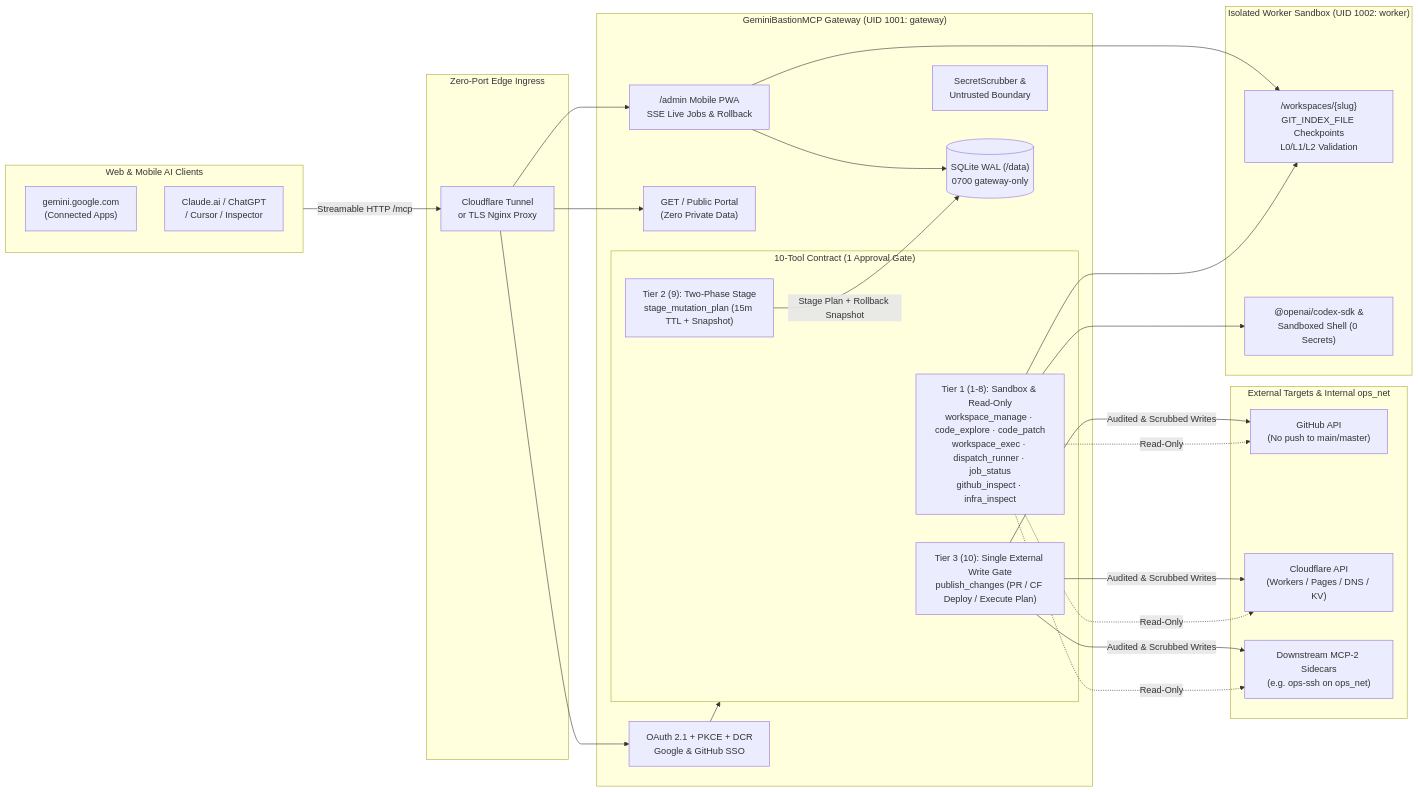
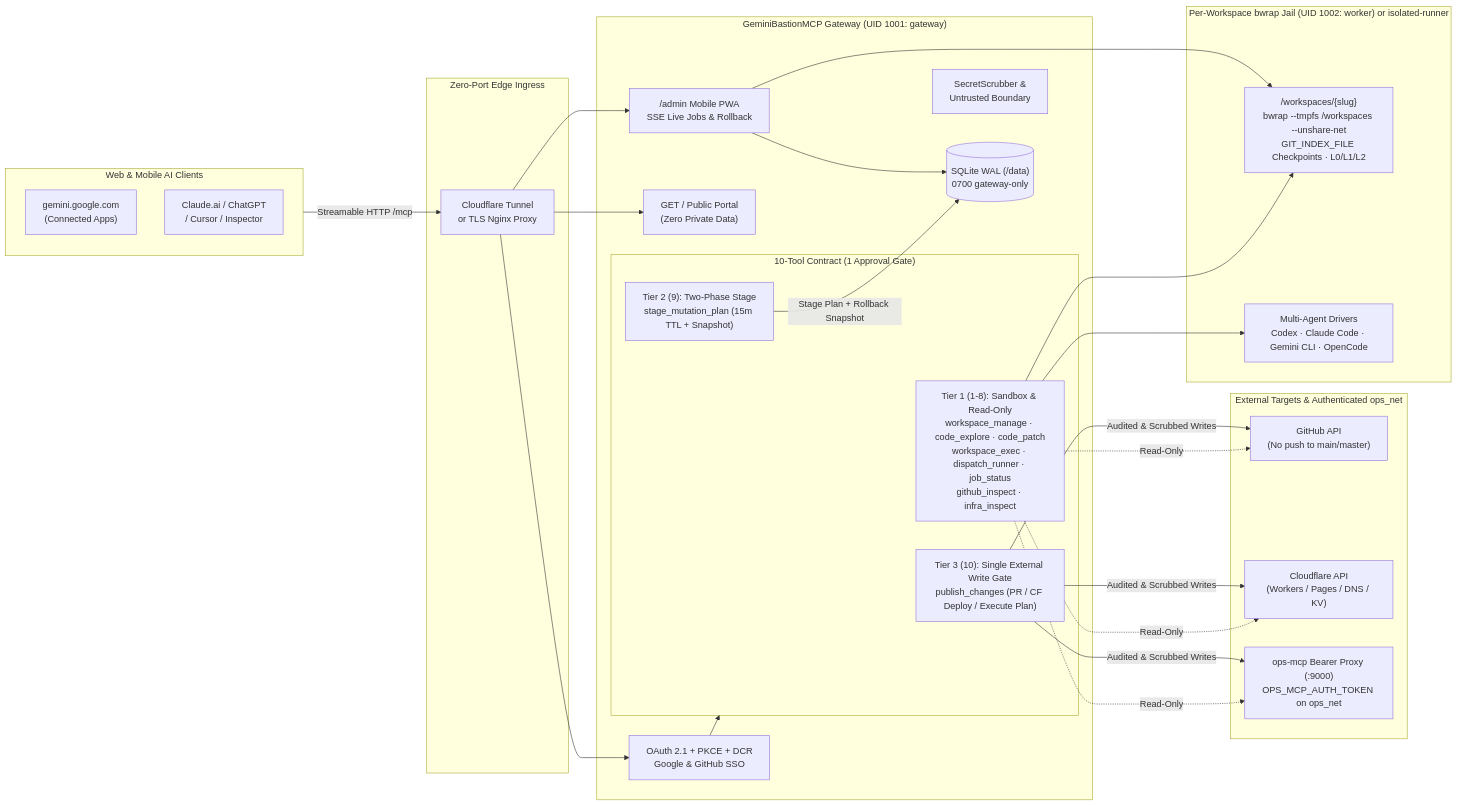
The diagram in README.md (Kaiserunix/gemini-bastion-mcp), drawn with Mermaid before and after one commit. The commit also changed other lines of this file and 38 other files, not shown here.

Commit message:
feat: v0.2.0 — bwrap per-workspace isolation, multi-agent drivers, authenticated ops-mcp, GHCR lite/full & MCP Registry

````diff
--- a/README.md
+++ b/README.md
@@ -53,44 +55,44 @@
 ```mermaid
 flowchart LR
   subgraph Clients["Web & Mobile AI Clients"]
     G["gemini.google.com\n(Connected Apps)"]
     C["Claude.ai / ChatGPT\n/ Cursor / Inspector"]
   end
 
   subgraph Edge["Zero-Port Edge Ingress"]
     CF["Cloudflare Tunnel\nor TLS Nginx Proxy"]
   end
 
   subgraph Gateway["GeminiBastionMCP Gateway (UID 1001: gateway)"]
     Portal["GET / Public Portal\n(Zero Private Data)"]
     Auth["OAuth 2.1 + PKCE + DCR\nGoogle & GitHub SSO"]
     Scrub["SecretScrubber &\nUntrusted Boundary"]
     Admin["/admin Mobile PWA\nSSE Live Jobs & Rollback"]
     DB[("SQLite WAL (/data)\n0700 gateway-only")]
 
     subgraph Funnel["10-Tool Contract (1 Approval Gate)"]
       T1_8["Tier 1 (1-8): Sandbox & Read-Only\nworkspace_manage · code_explore · code_patch\nworkspace_exec · dispatch_runner · job_status\ngithub_inspect · infra_inspect"]
       T9["Tier 2 (9): Two-Phase Stage\nstage_mutation_plan (15m TTL + Snapshot)"]
       T10["Tier 3 (10): Single External Write Gate\npublish_changes (PR / CF Deploy / Execute Plan)"]
     end
   end
 
-  subgraph Sandbox["Isolated Worker Sandbox (UID 1002: worker)"]
-    WS["/workspaces/{slug}\nGIT_INDEX_FILE Checkpoints\nL0/L1/L2 Validation"]
-    Codex["@openai/codex-sdk &\nSandboxed Shell (0 Secrets)"]
+  subgraph Sandbox["Per-Workspace bwrap Jail (UID 1002: worker) or isolated-runner"]
+    WS["/workspaces/{slug}\nbwrap --tmpfs /workspaces --unshare-net\nGIT_INDEX_FILE Checkpoints · L0/L1/L2"]
+    Drivers["Multi-Agent Drivers\nCodex · Claude Code · Gemini CLI · OpenCode"]
   end
 
-  subgraph External["External Targets & Internal ops_net"]
+  subgraph External["External Targets & Authenticated ops_net"]
     GH["GitHub API\n(No push to main/master)"]
     CFApi["Cloudflare API\n(Workers / Pages / DNS / KV)"]
-    MCP2["Downstream MCP-2 Sidecars\n(e.g. ops-ssh on ops_net)"]
+    MCP2["ops-mcp Bearer Proxy (:9000)\nOPS_MCP_AUTH_TOKEN on ops_net"]
   end
 
   Clients -->|"Streamable HTTP /mcp"| CF --> Auth --> Funnel
   CF --> Portal & Admin
-  T1_8 --> WS & Codex
+  T1_8 --> WS & Drivers
   T1_8 -.->|"Read-Only"| GH & CFApi & MCP2
   T9 -->|"Stage Plan + Rollback Snapshot"| DB
   T10 -->|"Audited & Scrubbed Writes"| GH & CFApi & MCP2
   Admin --> DB & WS
 ```
````
